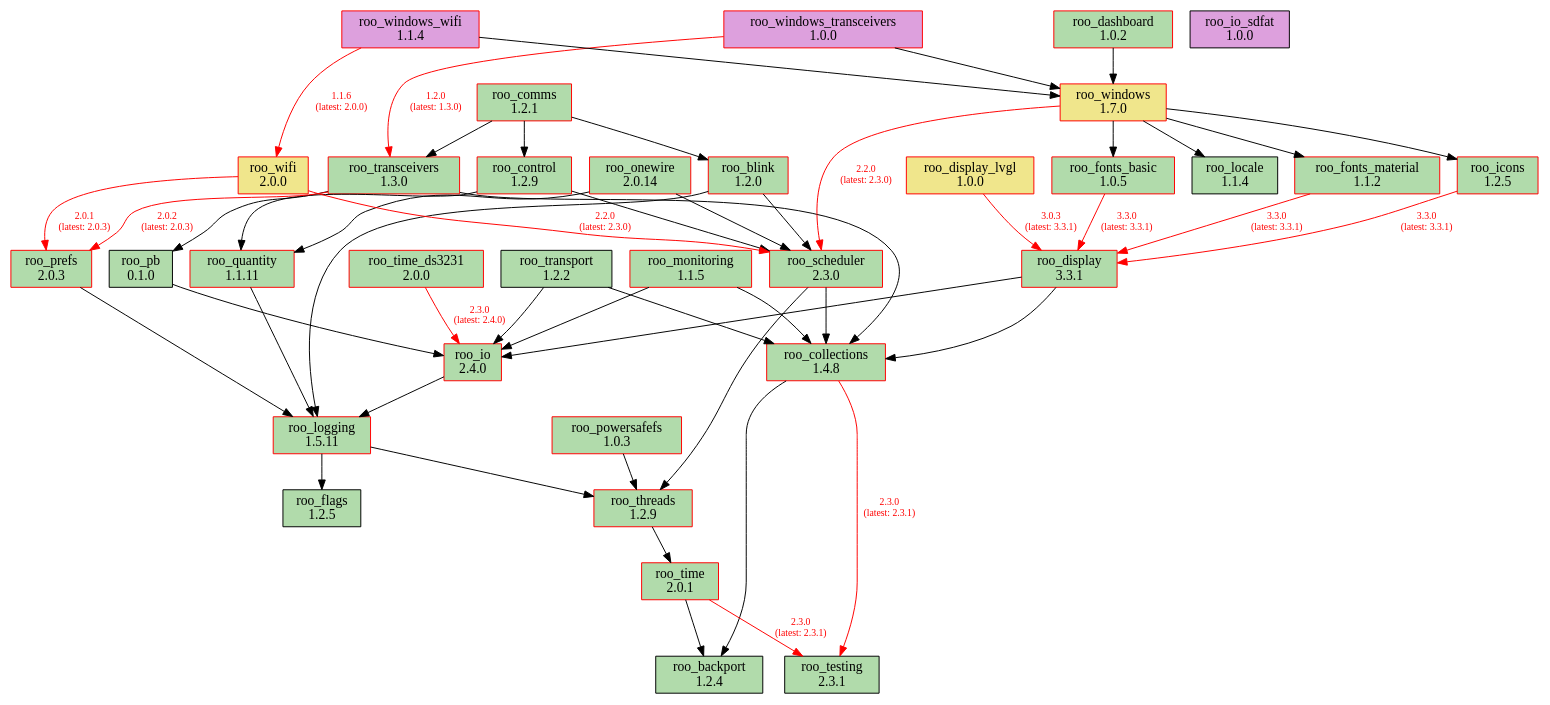
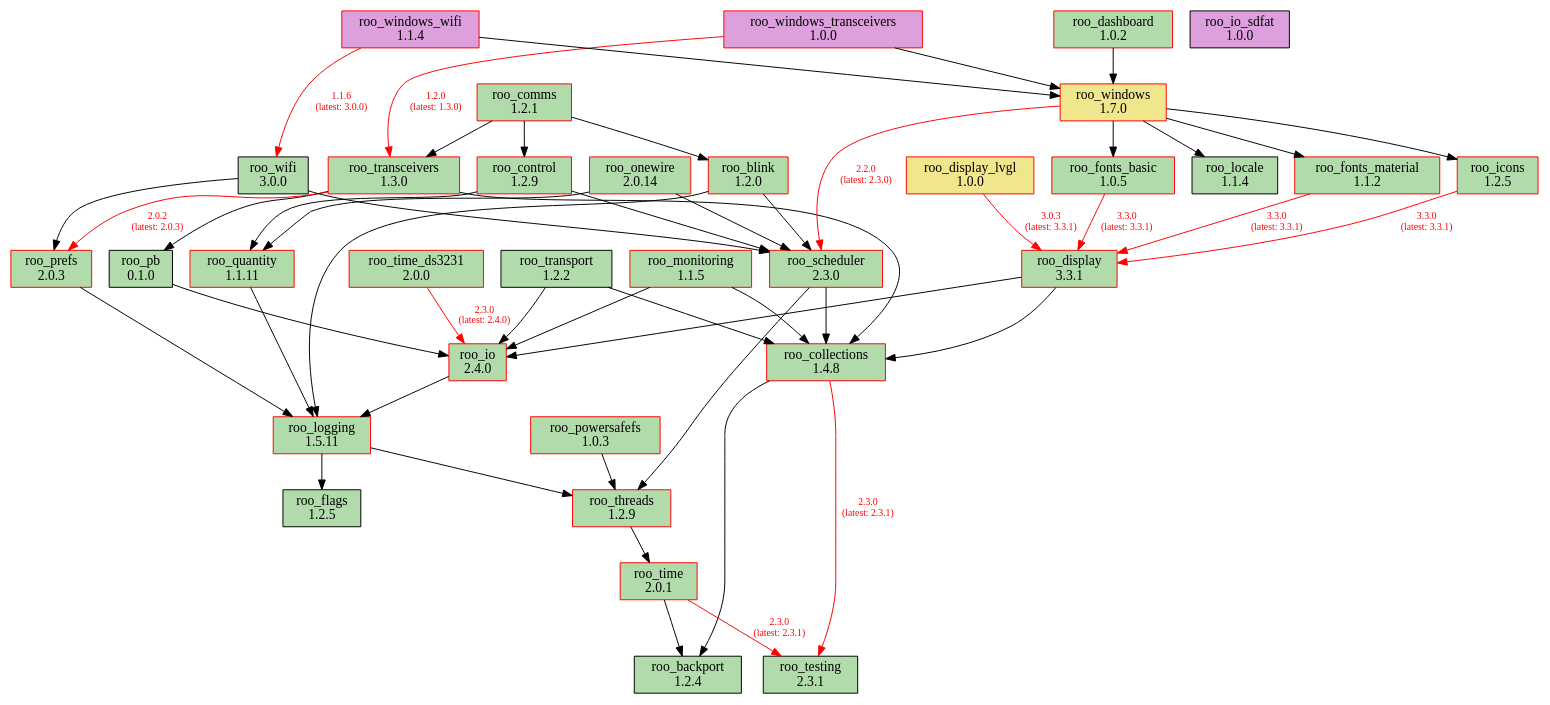
Before and after one commit to dejwk/roo-registry: the diagram in doc/dependencies.dot, drawn with Graphviz. The commit also changed 3 other files, not shown here.

Commit message:
Added roo_wifi 3.0.0 to the registry.

```diff
--- a/doc/dependencies.dot
+++ b/doc/dependencies.dot
@@ -1,91 +1,91 @@
 digraph dependencies {
     rankdir=TB;
     node [shape=box, style=filled];
     edge [fontsize=10];
 
     // Modules
     "roo_backport" [label="roo_backport\n1.2.4", fillcolor="#b1dbab", color="black"];
     "roo_blink" [label="roo_blink\n1.2.0", fillcolor="#b1dbab", color="red"];
     "roo_collections" [label="roo_collections\n1.4.8", fillcolor="#b1dbab", color="red"];
     "roo_comms" [label="roo_comms\n1.2.1", fillcolor="#b1dbab", color="red"];
     "roo_control" [label="roo_control\n1.2.9", fillcolor="#b1dbab", color="red"];
     "roo_dashboard" [label="roo_dashboard\n1.0.2", fillcolor="#b1dbab", color="red"];
     "roo_display" [label="roo_display\n3.3.1", fillcolor="#b1dbab", color="red"];
     "roo_display_lvgl" [label="roo_display_lvgl\n1.0.0", fillcolor="khaki", color="red"];
     "roo_flags" [label="roo_flags\n1.2.5", fillcolor="#b1dbab", color="black"];
     "roo_fonts_basic" [label="roo_fonts_basic\n1.0.5", fillcolor="#b1dbab", color="red"];
     "roo_fonts_material" [label="roo_fonts_material\n1.1.2", fillcolor="#b1dbab", color="red"];
     "roo_icons" [label="roo_icons\n1.2.5", fillcolor="#b1dbab", color="red"];
     "roo_io" [label="roo_io\n2.4.0", fillcolor="#b1dbab", color="red"];
     "roo_io_sdfat" [label="roo_io_sdfat\n1.0.0", fillcolor="plum", color="black"];
     "roo_locale" [label="roo_locale\n1.1.4", fillcolor="#b1dbab", color="black"];
     "roo_logging" [label="roo_logging\n1.5.11", fillcolor="#b1dbab", color="red"];
     "roo_monitoring" [label="roo_monitoring\n1.1.5", fillcolor="#b1dbab", color="red"];
     "roo_onewire" [label="roo_onewire\n2.0.14", fillcolor="#b1dbab", color="red"];
     "roo_pb" [label="roo_pb\n0.1.0", fillcolor="#b1dbab", color="black"];
     "roo_powersafefs" [label="roo_powersafefs\n1.0.3", fillcolor="#b1dbab", color="red"];
     "roo_prefs" [label="roo_prefs\n2.0.3", fillcolor="#b1dbab", color="red"];
     "roo_quantity" [label="roo_quantity\n1.1.11", fillcolor="#b1dbab", color="red"];
     "roo_scheduler" [label="roo_scheduler\n2.3.0", fillcolor="#b1dbab", color="red"];
     "roo_testing" [label="roo_testing\n2.3.1", fillcolor="#b1dbab", color="black"];
     "roo_threads" [label="roo_threads\n1.2.9", fillcolor="#b1dbab", color="red"];
     "roo_time" [label="roo_time\n2.0.1", fillcolor="#b1dbab", color="red"];
     "roo_time_ds3231" [label="roo_time_ds3231\n2.0.0", fillcolor="#b1dbab", color="red"];
     "roo_transceivers" [label="roo_transceivers\n1.3.0", fillcolor="#b1dbab", color="red"];
     "roo_transport" [label="roo_transport\n1.2.2", fillcolor="#b1dbab", color="black"];
-    "roo_wifi" [label="roo_wifi\n2.0.0", fillcolor="khaki", color="red"];
+    "roo_wifi" [label="roo_wifi\n3.0.0", fillcolor="#b1dbab", color="black"];
     "roo_windows" [label="roo_windows\n1.7.0", fillcolor="khaki", color="red"];
     "roo_windows_transceivers" [label="roo_windows_transceivers\n1.0.0", fillcolor="plum", color="red"];
     "roo_windows_wifi" [label="roo_windows_wifi\n1.1.4", fillcolor="plum", color="red"];
 
     // Dependencies
     "roo_blink" -> "roo_logging";
     "roo_blink" -> "roo_scheduler";
     "roo_collections" -> "roo_testing" [color=red, fontcolor=red, label="2.3.0\n(latest: 2.3.1)"];
     "roo_collections" -> "roo_backport";
     "roo_comms" -> "roo_blink";
     "roo_comms" -> "roo_control";
     "roo_comms" -> "roo_transceivers";
     "roo_control" -> "roo_quantity";
     "roo_control" -> "roo_scheduler";
     "roo_dashboard" -> "roo_windows";
     "roo_display" -> "roo_collections";
     "roo_display" -> "roo_io";
     "roo_display_lvgl" -> "roo_display" [color=red, fontcolor=red, label="3.0.3\n(latest: 3.3.1)"];
     "roo_fonts_basic" -> "roo_display" [color=red, fontcolor=red, label="3.3.0\n(latest: 3.3.1)"];
     "roo_fonts_material" -> "roo_display" [color=red, fontcolor=red, label="3.3.0\n(latest: 3.3.1)"];
     "roo_icons" -> "roo_display" [color=red, fontcolor=red, label="3.3.0\n(latest: 3.3.1)"];
     "roo_io" -> "roo_logging";
     "roo_logging" -> "roo_flags";
     "roo_logging" -> "roo_threads";
     "roo_monitoring" -> "roo_collections";
     "roo_monitoring" -> "roo_io";
     "roo_onewire" -> "roo_scheduler";
     "roo_onewire" -> "roo_quantity";
     "roo_pb" -> "roo_io";
     "roo_powersafefs" -> "roo_threads";
     "roo_prefs" -> "roo_logging";
     "roo_quantity" -> "roo_logging";
     "roo_scheduler" -> "roo_collections";
     "roo_scheduler" -> "roo_threads";
     "roo_threads" -> "roo_time";
     "roo_time" -> "roo_testing" [color=red, fontcolor=red, label="2.3.0\n(latest: 2.3.1)"];
     "roo_time" -> "roo_backport";
     "roo_time_ds3231" -> "roo_io" [color=red, fontcolor=red, label="2.3.0\n(latest: 2.4.0)"];
     "roo_transceivers" -> "roo_pb";
     "roo_transceivers" -> "roo_collections";
     "roo_transceivers" -> "roo_prefs" [color=red, fontcolor=red, label="2.0.2\n(latest: 2.0.3)"];
     "roo_transport" -> "roo_collections";
     "roo_transport" -> "roo_io";
-    "roo_wifi" -> "roo_prefs" [color=red, fontcolor=red, label="2.0.1\n(latest: 2.0.3)"];
-    "roo_wifi" -> "roo_scheduler" [color=red, fontcolor=red, label="2.2.0\n(latest: 2.3.0)"];
+    "roo_wifi" -> "roo_prefs";
+    "roo_wifi" -> "roo_scheduler";
     "roo_windows" -> "roo_fonts_basic";
     "roo_windows" -> "roo_fonts_material";
     "roo_windows" -> "roo_locale";
     "roo_windows" -> "roo_icons";
     "roo_windows" -> "roo_scheduler" [color=red, fontcolor=red, label="2.2.0\n(latest: 2.3.0)"];
     "roo_windows_transceivers" -> "roo_transceivers" [color=red, fontcolor=red, label="1.2.0\n(latest: 1.3.0)"];
     "roo_windows_transceivers" -> "roo_windows";
-    "roo_windows_wifi" -> "roo_wifi" [color=red, fontcolor=red, label="1.1.6\n(latest: 2.0.0)"];
+    "roo_windows_wifi" -> "roo_wifi" [color=red, fontcolor=red, label="1.1.6\n(latest: 3.0.0)"];
     "roo_windows_wifi" -> "roo_windows";
 }
```
